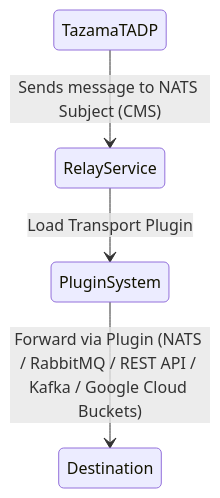
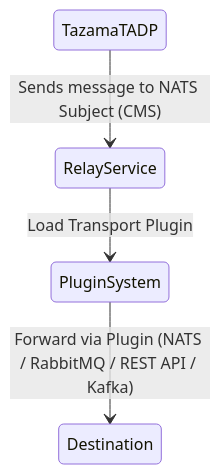
One commit to tazama-lf/relay-service changed the third of 3 diagrams in README.md. Above: the diagram before and after it, drawn with Mermaid. The commit also changed other lines of this file and 13 other files, not shown here.

````diff
--- a/README.md
+++ b/README.md
@@ -152,6 +172,6 @@
 ```mermaid
 stateDiagram-v2
     TazamaTADP --> RelayService: Sends message to NATS Subject (CMS)
     RelayService --> PluginSystem: Load Transport Plugin
-    PluginSystem --> Destination: Forward via Plugin (NATS / RabbitMQ / REST API / Kafka / Google Cloud Buckets)
+    PluginSystem --> Destination: Forward via Plugin (NATS / RabbitMQ / REST API / Kafka)
 ```
````
